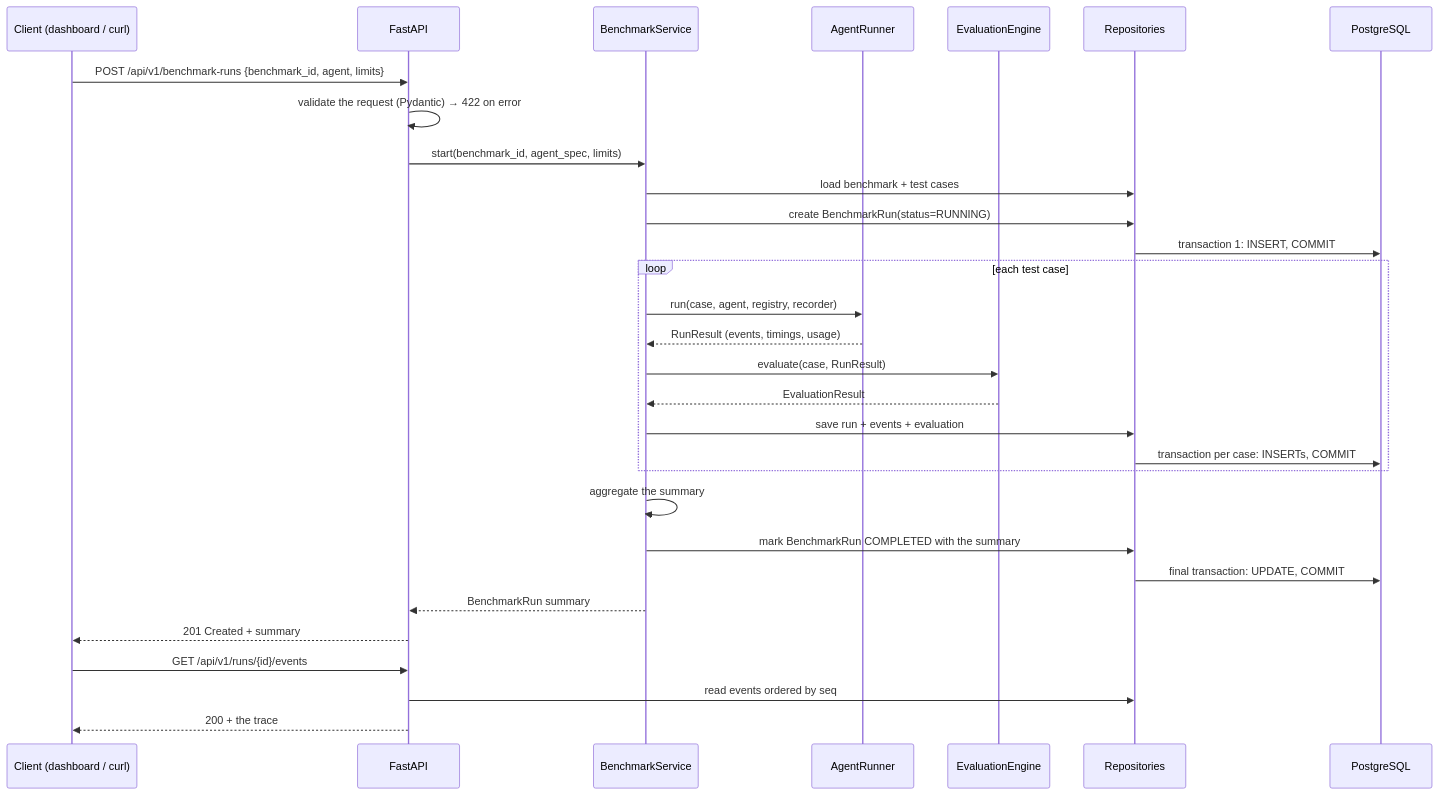
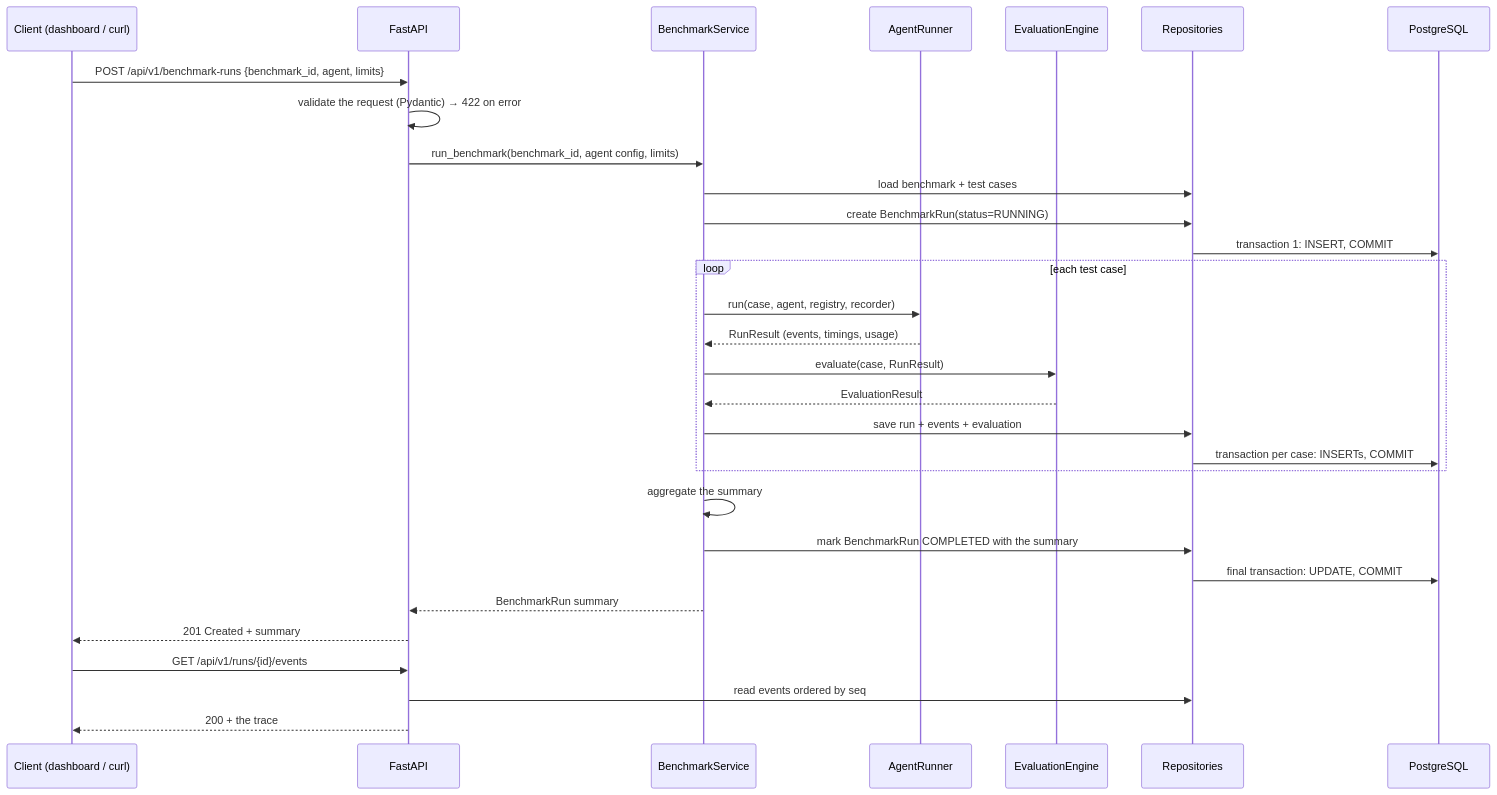
One commit to pankaj-cod/agentBench changed the second of 3 diagrams in docs/architecture.md. Above: the diagram before and after it, drawn with Mermaid. The commit also changed other lines of this file and 2 other files, not shown here.

````diff
--- a/docs/architecture.md
+++ b/docs/architecture.md
@@ -178,33 +180,33 @@
 ```mermaid
 sequenceDiagram
     participant C as Client (dashboard / curl)
     participant A as FastAPI
     participant S as BenchmarkService
     participant R as AgentRunner
     participant E as EvaluationEngine
     participant P as Repositories
     participant D as PostgreSQL
 
     C->>A: POST /api/v1/benchmark-runs {benchmark_id, agent, limits}
     A->>A: validate the request (Pydantic) → 422 on error
-    A->>S: start(benchmark_id, agent_spec, limits)
+    A->>S: run_benchmark(benchmark_id, agent config, limits)
     S->>P: load benchmark + test cases
     S->>P: create BenchmarkRun(status=RUNNING)
     P->>D: transaction 1: INSERT, COMMIT
     loop each test case
         S->>R: run(case, agent, registry, recorder)
         R-->>S: RunResult (events, timings, usage)
         S->>E: evaluate(case, RunResult)
         E-->>S: EvaluationResult
         S->>P: save run + events + evaluation
         P->>D: transaction per case: INSERTs, COMMIT
     end
     S->>S: aggregate the summary
     S->>P: mark BenchmarkRun COMPLETED with the summary
     P->>D: final transaction: UPDATE, COMMIT
     S-->>A: BenchmarkRun summary
     A-->>C: 201 Created + summary
     C->>A: GET /api/v1/runs/{id}/events
     A->>P: read events ordered by seq
     A-->>C: 200 + the trace
 ```
````
